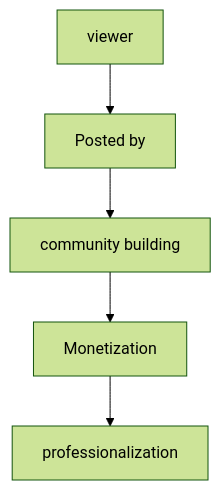
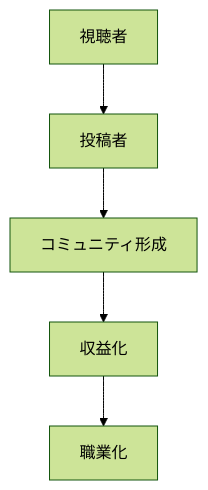
One commit to monumental-movement/monumental-movement.github.io changed the sixth of 8 diagrams in en/_posts/2026-05-24-column-bedroom-pop.md. Above: the diagram before and after it, drawn with Mermaid (forest theme). The commit also changed other lines of this file and 2196 other files, not shown here.

```diff
--- a/en/_posts/2026-05-24-column-bedroom-pop.md
+++ b/en/_posts/2026-05-24-column-bedroom-pop.md
@@ -344,7 +344,7 @@
 <div class="mermaid">
 flowchart TD
-A[viewer] --> B[Posted by]
-B --> C[community building]
-C --> D[Monetization]
-D --> E[professionalization]
+A[視聴者] --> B[投稿者]
+B --> C[コミュニティ形成]
+C --> D[収益化]
+D --> E[職業化]
 </div>
```
